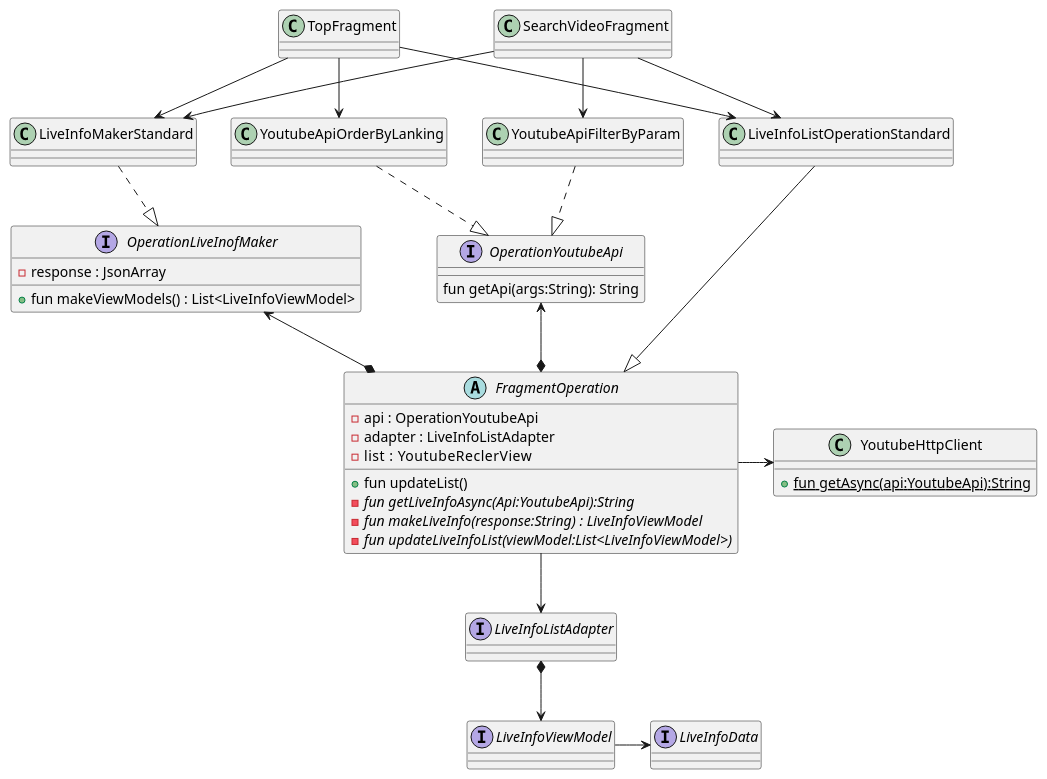
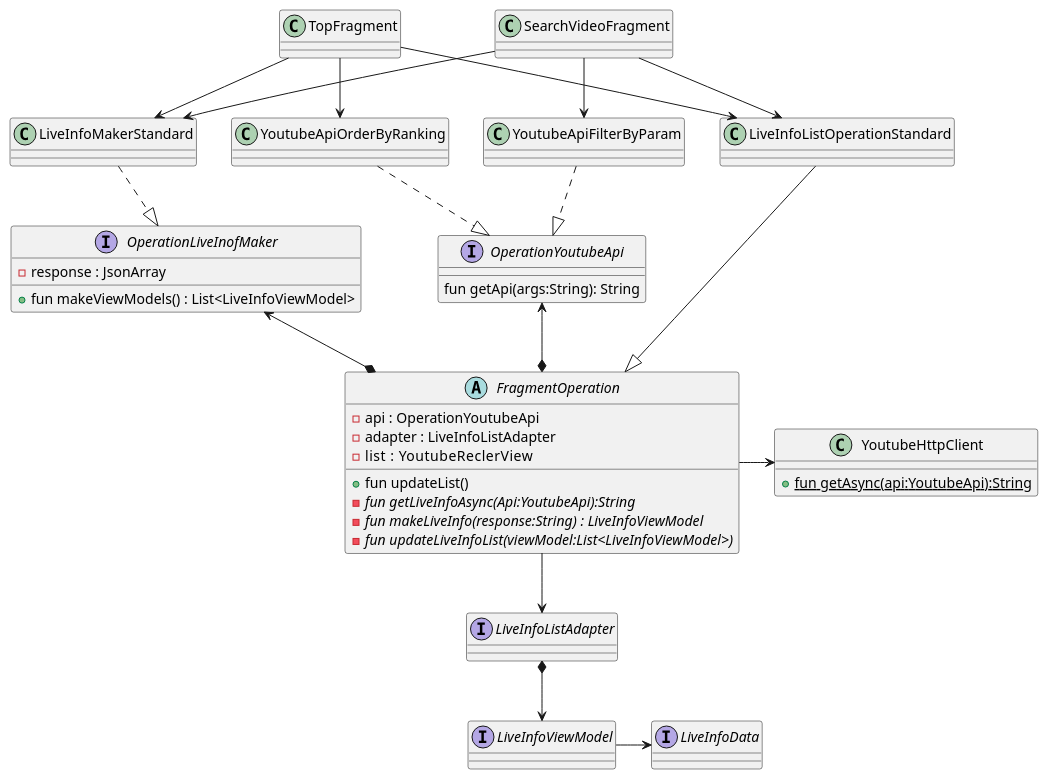
One commit to elm-niconico/AppDesign changed the diagram in youtube_live_viewer/class_disign.pu. Above: the diagram before and after it, drawn with PlantUML. The commit also changed 1 other file, not shown here.

```diff
--- a/youtube_live_viewer/class_disign.pu
+++ b/youtube_live_viewer/class_disign.pu
@@ -1,80 +1,80 @@
 @startuml クラス図
     
     'TOP画面
     class TopFragment 
     'Youtubeライブ検索フラグメント
     class SearchVideoFragment
     
    together {
         '降順に取得するAPI
-        class YoutubeApiOrderByLanking{}
+        class YoutubeApiOrderByRanking{}
         '検索パラメータによるフィルタをかけて降順に取得
         class YoutubeApiFilterByParam
     }
     class LiveInfoListOperationStandard{
 
     }
 
     interface OperationYoutubeApi{
         fun getApi(args:String): String
     }
   
 
     class YoutubeHttpClient{
         
         + {static} fun getAsync(api:YoutubeApi):String
     }
 
     interface OperationLiveInofMaker{
         - response : JsonArray
 
         + fun makeViewModels() : List<LiveInfoViewModel>
     }
     class LiveInfoMakerStandard
     
     interface LiveInfoData
     interface LiveInfoViewModel
     interface LiveInfoListAdapter
    
     
     abstract class FragmentOperation{
         - api : OperationYoutubeApi
         - adapter : LiveInfoListAdapter
         - list    : YoutubeReclerView
         
         + fun updateList()
         - {abstract} fun getLiveInfoAsync(Api:YoutubeApi):String
         - {abstract} fun makeLiveInfo(response:String) : LiveInfoViewModel
         - {abstract} fun updateLiveInfoList(viewModel:List<LiveInfoViewModel>)  
     }
     '============TopFragment
     TopFragment         --> LiveInfoMakerStandard
     SearchVideoFragment --> LiveInfoMakerStandard
 
-    TopFragment --> YoutubeApiOrderByLanking
+    TopFragment --> YoutubeApiOrderByRanking
     SearchVideoFragment --> YoutubeApiFilterByParam
 
 
     TopFragment --> LiveInfoListOperationStandard
     SearchVideoFragment --> LiveInfoListOperationStandard
     LiveInfoListOperationStandard ---|> FragmentOperation
     '===============API
     YoutubeApiFilterByParam  ..|> OperationYoutubeApi
-    YoutubeApiOrderByLanking ..|> OperationYoutubeApi
+    YoutubeApiOrderByRanking ..|> OperationYoutubeApi
 
     LiveInfoListAdapter *--> LiveInfoViewModel
     
     'Maker
     LiveInfoMakerStandard .down.|> OperationLiveInofMaker
 
     LiveInfoViewModel -> LiveInfoData
     '=========FragmentOperarion
     FragmentOperation *-up-> OperationYoutubeApi
     FragmentOperation *-left-> OperationLiveInofMaker
     FragmentOperation -right-> YoutubeHttpClient
    
     
 
     FragmentOperation --> LiveInfoListAdapter
 
 @enduml
```
